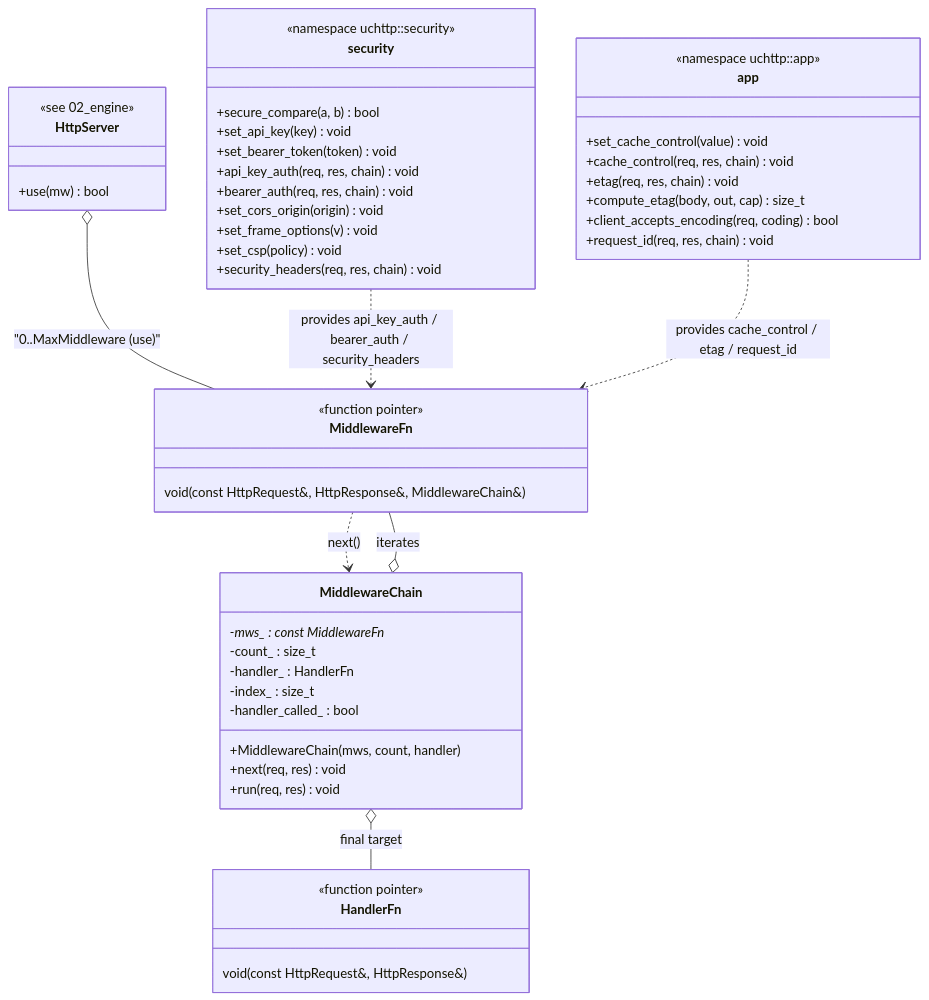
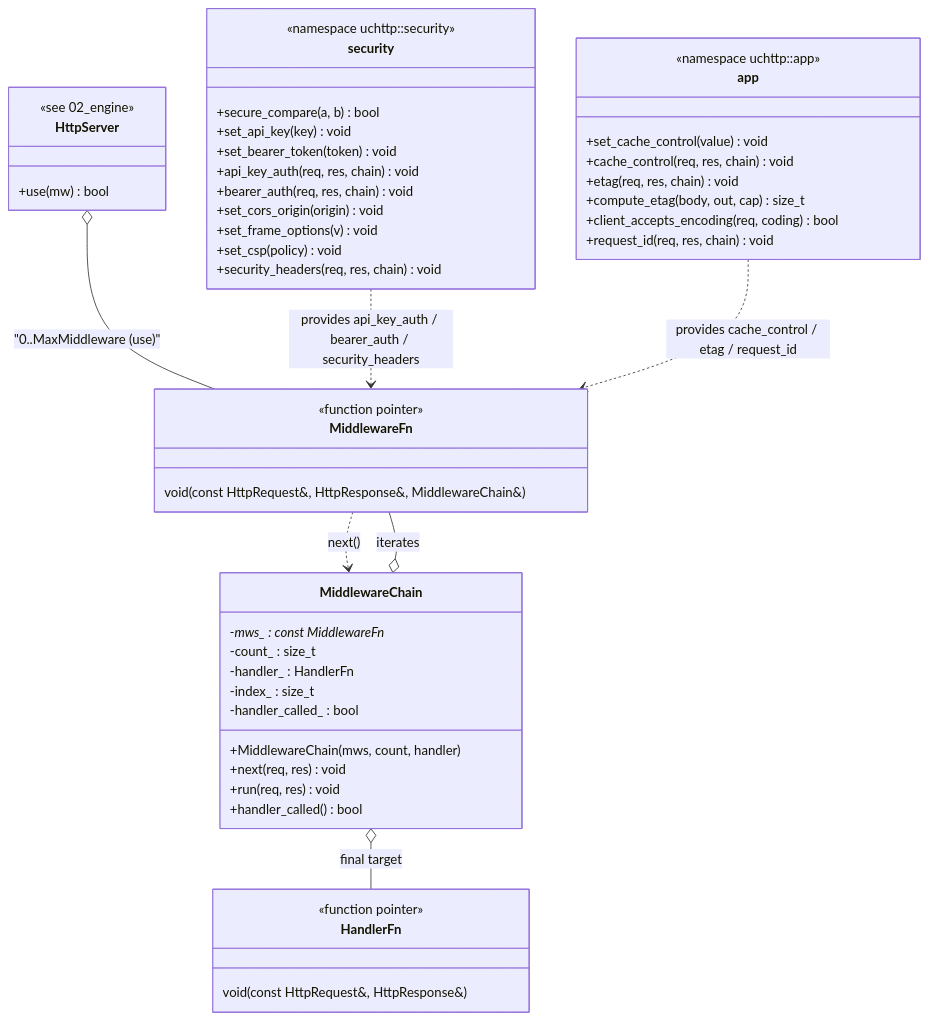
The diagram in docs/architecture/class_diagrams/03_middleware.md (cmanista/uchttp), drawn with Mermaid before and after one commit. The commit also changed other lines of this file and 12 other files, not shown here.

````diff
--- a/docs/architecture/class_diagrams/03_middleware.md
+++ b/docs/architecture/class_diagrams/03_middleware.md
@@ -6,58 +6,59 @@
 ```mermaid
 classDiagram
     class MiddlewareFn {
         <<function pointer>>
         void(const HttpRequest&, HttpResponse&, MiddlewareChain&)
     }
 
     class MiddlewareChain {
         +MiddlewareChain(mws, count, handler)
         +next(req, res) void
         +run(req, res) void
+        +handler_called() bool
         -mws_ : const MiddlewareFn*
         -count_ : size_t
         -handler_ : HandlerFn
         -index_ : size_t
         -handler_called_ : bool
     }
 
     class HandlerFn {
         <<function pointer>>
         void(const HttpRequest&, HttpResponse&)
     }
 
     class security {
         <<namespace uchttp::security>>
         +secure_compare(a, b) bool
         +set_api_key(key) void
         +set_bearer_token(token) void
         +api_key_auth(req, res, chain) void
         +bearer_auth(req, res, chain) void
         +set_cors_origin(origin) void
         +set_frame_options(v) void
         +set_csp(policy) void
         +security_headers(req, res, chain) void
     }
 
     class app {
         <<namespace uchttp::app>>
         +set_cache_control(value) void
         +cache_control(req, res, chain) void
         +etag(req, res, chain) void
         +compute_etag(body, out, cap) size_t
         +client_accepts_encoding(req, coding) bool
         +request_id(req, res, chain) void
     }
 
     class HttpServer {
         <<see 02_engine>>
         +use(mw) bool
     }
 
     HttpServer o-- MiddlewareFn : "0..MaxMiddleware (use)"
     MiddlewareChain o-- MiddlewareFn : iterates
     MiddlewareChain o-- HandlerFn : final target
     security ..> MiddlewareFn : provides api_key_auth / bearer_auth / security_headers
     app ..> MiddlewareFn : provides cache_control / etag / request_id
     MiddlewareFn ..> MiddlewareChain : next()
 ```
````
